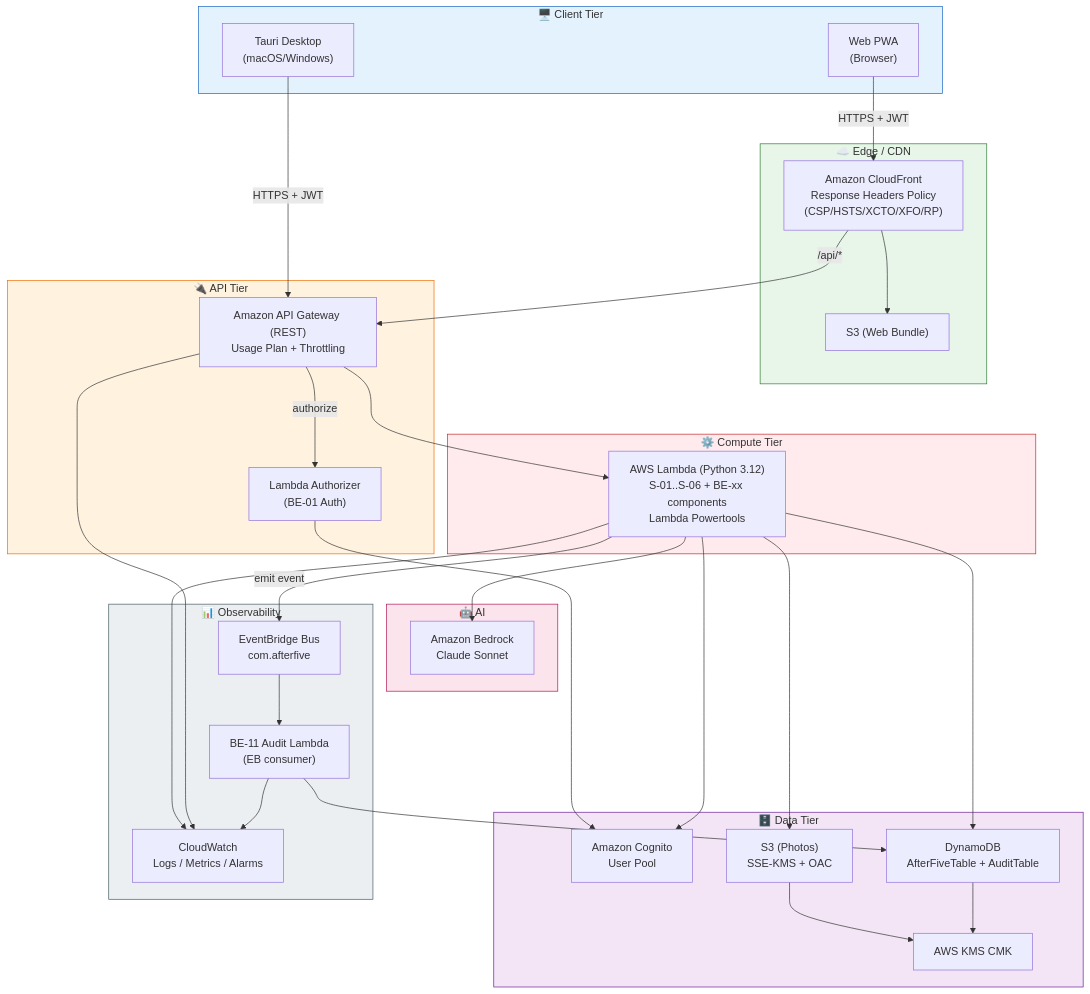
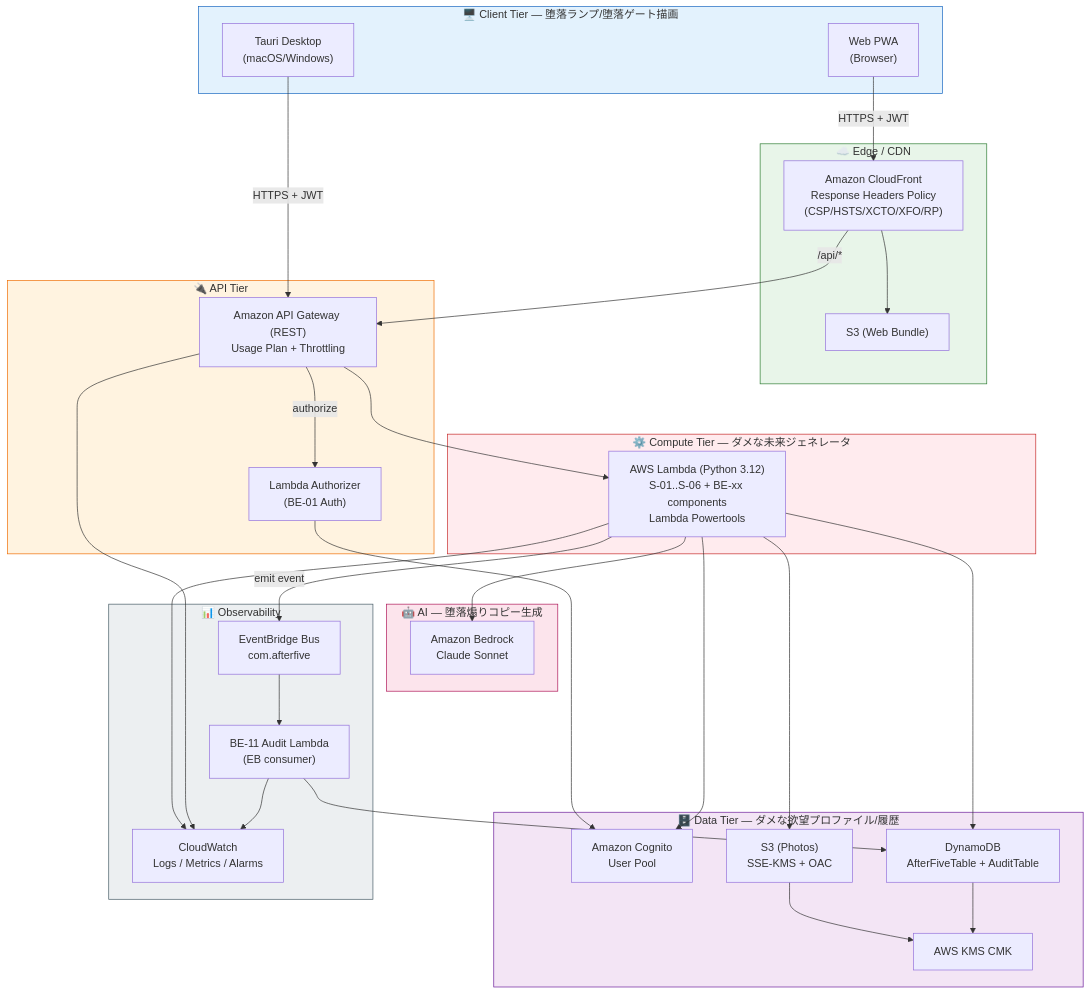
One commit to sp-ratsumi/aws-summit-japan-2026-hackathon changed the diagram in aidlc-docs/inception/application-design/application-design.md. Above: the diagram before and after it, drawn with Mermaid. The commit also changed other lines of this file and 15 other files, not shown here.

````diff
--- a/aidlc-docs/inception/application-design/application-design.md
+++ b/aidlc-docs/inception/application-design/application-design.md
@@ -178,66 +182,66 @@
 ```mermaid
 flowchart TB
-    subgraph Client["🖥️ Client Tier"]
+    subgraph Client["🖥️ Client Tier — 堕落ランプ/堕落ゲート描画"]
         Tauri["Tauri Desktop<br/>(macOS/Windows)"]
         Web["Web PWA<br/>(Browser)"]
     end
 
     subgraph Edge["☁️ Edge / CDN"]
         CF["Amazon CloudFront<br/>Response Headers Policy<br/>(CSP/HSTS/XCTO/XFO/RP)"]
         S3Web["S3 (Web Bundle)"]
     end
 
     subgraph API["🔌 API Tier"]
         APIGW["Amazon API Gateway (REST)<br/>Usage Plan + Throttling"]
         Authz["Lambda Authorizer<br/>(BE-01 Auth)"]
     end
 
-    subgraph Compute["⚙️ Compute Tier"]
+    subgraph Compute["⚙️ Compute Tier — ダメな未来ジェネレータ"]
         LambdaSvc["AWS Lambda (Python 3.12)<br/>S-01..S-06 + BE-xx components<br/>Lambda Powertools"]
     end
 
-    subgraph Data["🗄️ Data Tier"]
+    subgraph Data["🗄️ Data Tier — ダメな欲望プロファイル/履歴"]
         Cog["Amazon Cognito<br/>User Pool"]
         DDB["DynamoDB<br/>AfterFiveTable + AuditTable"]
         S3Photo["S3 (Photos)<br/>SSE-KMS + OAC"]
         KMS["AWS KMS CMK"]
     end
 
-    subgraph AI["🤖 AI"]
+    subgraph AI["🤖 AI — 堕落煽りコピー生成"]
         Bedrock["Amazon Bedrock<br/>Claude Sonnet"]
     end
 
     subgraph Ops["📊 Observability"]
         EB["EventBridge Bus<br/>com.afterfive"]
         CW["CloudWatch<br/>Logs / Metrics / Alarms"]
         AuditLambda["BE-11 Audit Lambda<br/>(EB consumer)"]
     end
 
     Tauri -- HTTPS + JWT --> APIGW
     Web -- HTTPS + JWT --> CF
     CF --> S3Web
     CF -- /api/* --> APIGW
     APIGW -- authorize --> Authz
     Authz --> Cog
     APIGW --> LambdaSvc
     LambdaSvc --> Cog
     LambdaSvc --> DDB
     LambdaSvc --> S3Photo
     S3Photo --> KMS
     DDB --> KMS
     LambdaSvc --> Bedrock
     LambdaSvc -- emit event --> EB
     EB --> AuditLambda
     AuditLambda --> DDB
     LambdaSvc --> CW
     APIGW --> CW
     AuditLambda --> CW
 
     style Client fill:#E3F2FD,stroke:#1565C0
     style Edge fill:#E8F5E9,stroke:#2E7D32
     style API fill:#FFF3E0,stroke:#EF6C00
     style Compute fill:#FFEBEE,stroke:#C62828
     style Data fill:#F3E5F5,stroke:#6A1B9A
     style AI fill:#FCE4EC,stroke:#AD1457
     style Ops fill:#ECEFF1,stroke:#455A64
 ```
````
